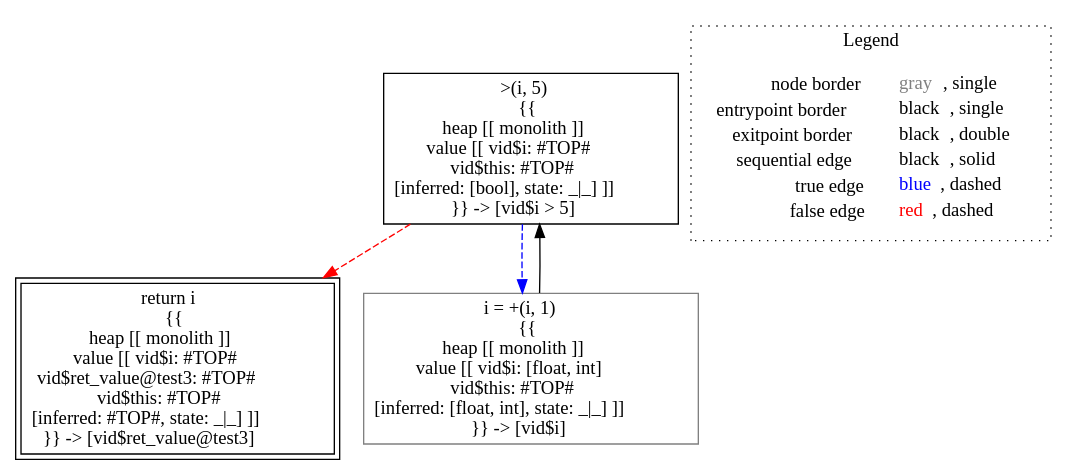
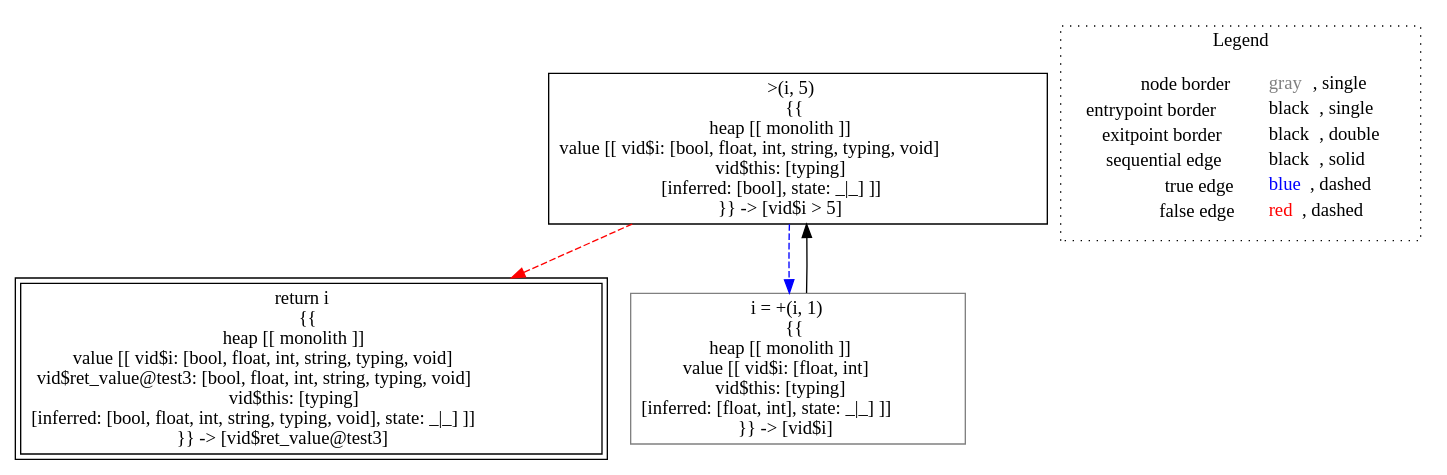
The diagram in lisa/imp-testcases/type-inference/typing___untyped_typing.test3(typing_this,_untyped_i).dot (lisa-analyzer/lisa), drawn with Graphviz before and after one commit. The commit also changed 5 other files, not shown here.

Commit message:
refactored typing test cases

```diff
--- a/lisa/imp-testcases/type-inference/typing___untyped_typing.test3(typing_this,_untyped_i).dot
+++ b/lisa/imp-testcases/type-inference/typing___untyped_typing.test3(typing_this,_untyped_i).dot
@@ -1,15 +1,15 @@
 digraph {
-	"node0" [shape="rect",color="black",label=<&gt;(i, 5)<BR/>{{<BR/>heap [[ monolith ]]<BR/>value [[ vid$i: #TOP#<BR/>vid$this: #TOP#<BR/>[inferred: [bool], state: _|_] ]]<BR/>}} -&gt; [vid$i &gt; 5]>];
-	"node1" [shape="rect",color="black",peripheries="2",label=<return i<BR/>{{<BR/>heap [[ monolith ]]<BR/>value [[ vid$i: #TOP#<BR/>vid$ret_value@test3: #TOP#<BR/>vid$this: #TOP#<BR/>[inferred: #TOP#, state: _|_] ]]<BR/>}} -&gt; [vid$ret_value@test3]>];
-	"node2" [shape="rect",color="gray",label=<i = +(i, 1)<BR/>{{<BR/>heap [[ monolith ]]<BR/>value [[ vid$i: [float, int]<BR/>vid$this: #TOP#<BR/>[inferred: [float, int], state: _|_] ]]<BR/>}} -&gt; [vid$i]>];
+	"node0" [shape="rect",color="black",label=<&gt;(i, 5)<BR/>{{<BR/>heap [[ monolith ]]<BR/>value [[ vid$i: [bool, float, int, string, typing, void]<BR/>vid$this: [typing]<BR/>[inferred: [bool], state: _|_] ]]<BR/>}} -&gt; [vid$i &gt; 5]>];
+	"node1" [shape="rect",color="black",peripheries="2",label=<return i<BR/>{{<BR/>heap [[ monolith ]]<BR/>value [[ vid$i: [bool, float, int, string, typing, void]<BR/>vid$ret_value@test3: [bool, float, int, string, typing, void]<BR/>vid$this: [typing]<BR/>[inferred: [bool, float, int, string, typing, void], state: _|_] ]]<BR/>}} -&gt; [vid$ret_value@test3]>];
+	"node2" [shape="rect",color="gray",label=<i = +(i, 1)<BR/>{{<BR/>heap [[ monolith ]]<BR/>value [[ vid$i: [float, int]<BR/>vid$this: [typing]<BR/>[inferred: [float, int], state: _|_] ]]<BR/>}} -&gt; [vid$i]>];
 	"node0" -> "node1" [color="red",style="dashed"];
 	"node0" -> "node2" [color="blue",style="dashed"];
 	"node2" -> "node0" [color="black"];
 subgraph cluster_legend {
 	label="Legend";
 	style=dotted;
 	node [shape=plaintext];
 	"legend" [label=<<table border="0" cellpadding="2" cellspacing="0" cellborder="0"><tr><td align="right">node border&nbsp;</td><td align="left"><font color="gray">gray</font>, single</td></tr><tr><td align="right">entrypoint border&nbsp;</td><td align="left"><font color="black">black</font>, single</td></tr><tr><td align="right">exitpoint border&nbsp;</td><td align="left"><font color="black">black</font>, double</td></tr><tr><td align="right">sequential edge&nbsp;</td><td align="left"><font color="black">black</font>, solid</td></tr><tr><td align="right">true edge&nbsp;</td><td align="left"><font color="blue">blue</font>, dashed</td></tr><tr><td align="right">false edge&nbsp;</td><td align="left"><font color="red">red</font>, dashed</td></tr></table>>];
 }
 
 }
```
